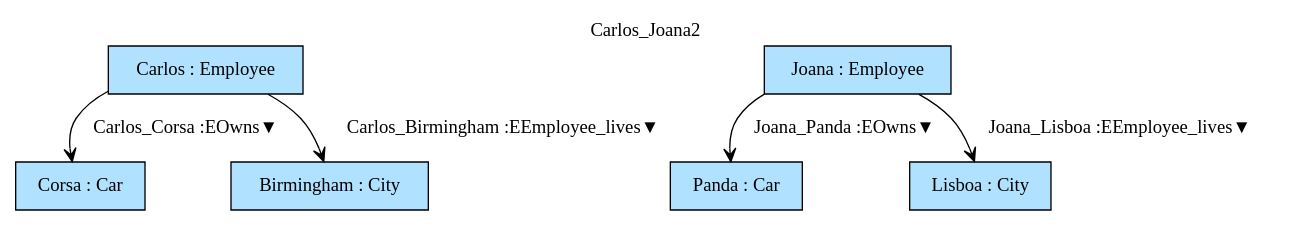
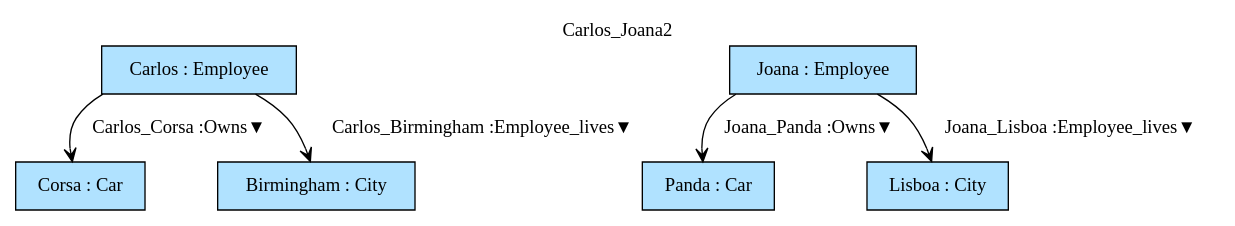
The diagram in Haskell/FragmentaTests/PersonVehicle/img/Carlos_Joana2.gv (namalio/Fragmenta), drawn with Graphviz before and after one commit. The commit also changed 32 other files, not shown here.

```diff
--- a/Haskell/FragmentaTests/PersonVehicle/img/Carlos_Joana2.gv
+++ b/Haskell/FragmentaTests/PersonVehicle/img/Carlos_Joana2.gv
@@ -1,13 +1,13 @@
 digraph {graph[label=Carlos_Joana2,labelloc=tl,labelfontsize=12];
-"Carlos"[shape=box,fillcolor=lightskyblue1,style = filled,label="Carlos : Employee"];
-"Joana"[shape=box,fillcolor=lightskyblue1,style = filled,label="Joana : Employee"];
 "Corsa"[shape=box,fillcolor=lightskyblue1,style = filled,label="Corsa : Car"];
 "Panda"[shape=box,fillcolor=lightskyblue1,style = filled,label="Panda : Car"];
+"Joana"[shape=box,fillcolor=lightskyblue1,style = filled,label="Joana : Employee"];
 "Lisboa"[shape=box,fillcolor=lightskyblue1,style = filled,label="Lisboa : City"];
+"Carlos"[shape=box,fillcolor=lightskyblue1,style = filled,label="Carlos : Employee"];
 "Birmingham"[shape=box,fillcolor=lightskyblue1,style = filled,label="Birmingham : City"];
 
-"Carlos"->"Corsa"[label="Carlos_Corsa :EOwns▼",arrowhead=vee];
-"Joana"->"Panda"[label="Joana_Panda :EOwns▼",arrowhead=vee];
-"Joana"->"Lisboa"[label="Joana_Lisboa :EEmployee_lives▼",arrowhead=vee];
-"Carlos"->"Birmingham"[label="Carlos_Birmingham :EEmployee_lives▼",arrowhead=vee];
+"Carlos"->"Corsa"[label="Carlos_Corsa :Owns▼",arrowhead=vee];
+"Joana"->"Panda"[label="Joana_Panda :Owns▼",arrowhead=vee];
+"Joana"->"Lisboa"[label="Joana_Lisboa :Employee_lives▼",arrowhead=vee];
+"Carlos"->"Birmingham"[label="Carlos_Birmingham :Employee_lives▼",arrowhead=vee];
 }
```
